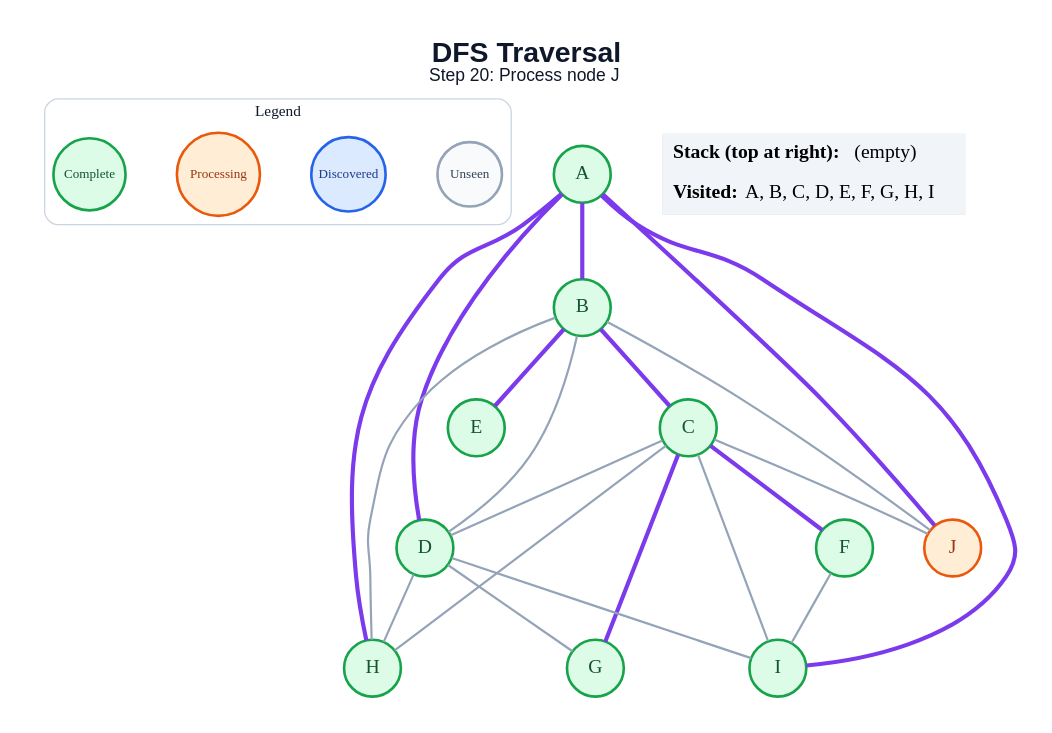
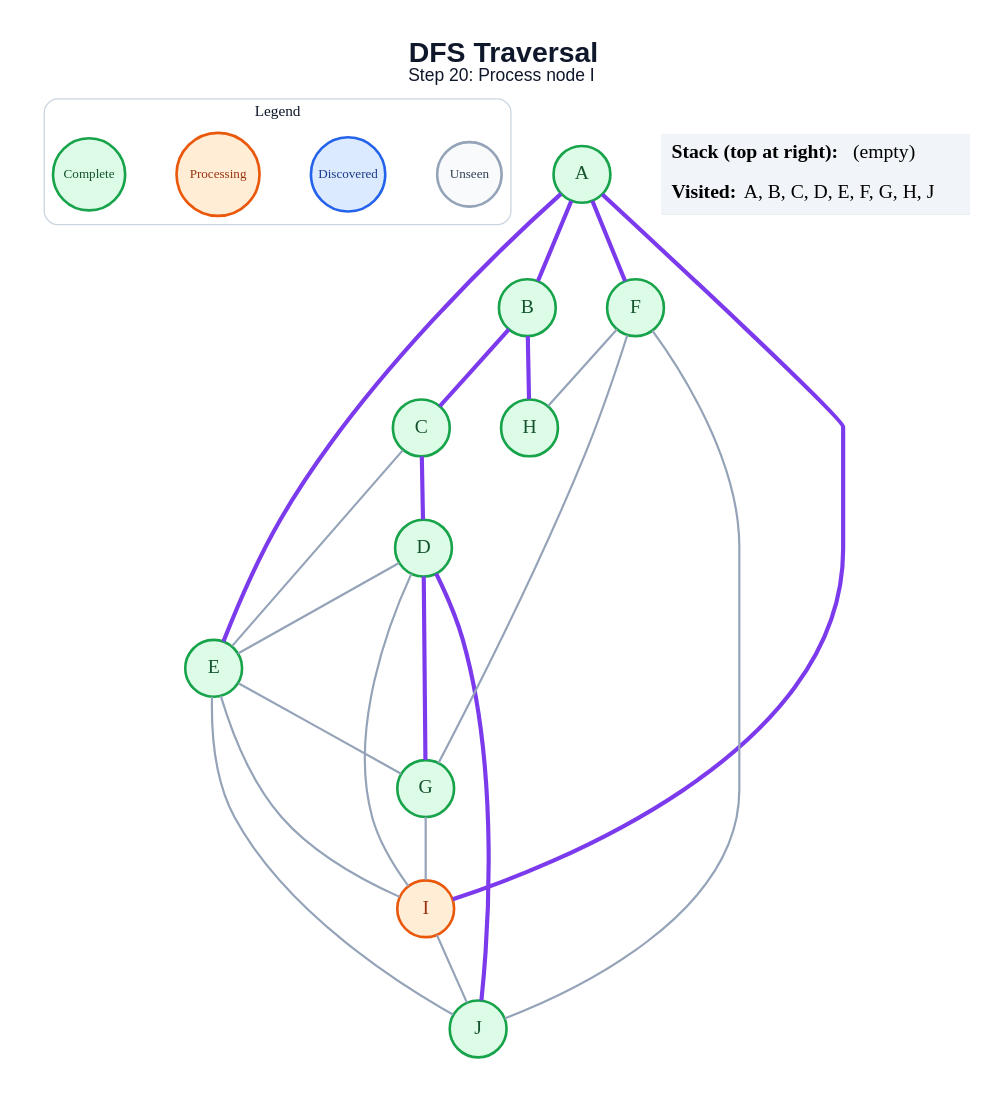
Before and after one commit to amanghodawala9/ai-slop: the diagram in generated/dfs/step_20.dot, drawn with Graphviz. The commit also changed 178 other files, not shown here.

```diff
--- a/generated/dfs/step_20.dot
+++ b/generated/dfs/step_20.dot
@@ -1,49 +1,49 @@
 graph traversal {
   graph [layout=dot, rankdir=TB, bgcolor="#FFFFFF", pad="0.35", nodesep="0.65", ranksep="0.8", fontname="Arial"];
   node [shape=circle, style="filled", fontname="Arial Bold", fontsize=18, width=0.72, fixedsize=true, penwidth=2.4];
   edge [color="#94A3B8", penwidth=2.0];
-  label=<<B>DFS Traversal</B><BR/><FONT POINT-SIZE="16">Step 20: Process node J</FONT>>; labelloc="t"; fontsize=26; fontname="Arial"; fontcolor="#0F172A";
+  label=<<B>DFS Traversal</B><BR/><FONT POINT-SIZE="16">Step 20: Process node I</FONT>>; labelloc="t"; fontsize=26; fontname="Arial"; fontcolor="#0F172A";
   subgraph cluster_legend { label="Legend"; color="#CBD5E1"; penwidth=1.2; style="rounded"; fontsize=14; fontname="Arial Bold";
     key_unseen [label="Unseen", fillcolor="#F8FAFC", color="#94A3B8", fontcolor="#334155", fontsize=12, width=0.82];
     key_frontier [label="Discovered", fillcolor="#DBEAFE", color="#2563EB", fontcolor="#1E3A8A", fontsize=12, width=0.95];
     key_current [label="Processing", fillcolor="#FFEDD5", color="#EA580C", fontcolor="#9A3412", fontsize=12, width=1.05];
     key_done [label="Complete", fillcolor="#DCFCE7", color="#16A34A", fontcolor="#14532D", fontsize=12, width=0.92];
     { rank=same; key_unseen; key_frontier; key_current; key_done; }
   }
   A [fillcolor="#DCFCE7", color="#16A34A", fontcolor="#14532D"];
   B [fillcolor="#DCFCE7", color="#16A34A", fontcolor="#14532D"];
   C [fillcolor="#DCFCE7", color="#16A34A", fontcolor="#14532D"];
   D [fillcolor="#DCFCE7", color="#16A34A", fontcolor="#14532D"];
   E [fillcolor="#DCFCE7", color="#16A34A", fontcolor="#14532D"];
   F [fillcolor="#DCFCE7", color="#16A34A", fontcolor="#14532D"];
   G [fillcolor="#DCFCE7", color="#16A34A", fontcolor="#14532D"];
   H [fillcolor="#DCFCE7", color="#16A34A", fontcolor="#14532D"];
-  I [fillcolor="#DCFCE7", color="#16A34A", fontcolor="#14532D"];
-  J [fillcolor="#FFEDD5", color="#EA580C", fontcolor="#9A3412"];
+  I [fillcolor="#FFEDD5", color="#EA580C", fontcolor="#9A3412"];
+  J [fillcolor="#DCFCE7", color="#16A34A", fontcolor="#14532D"];
   A -- B [color="#7C3AED", penwidth=3.8];
-  A -- D [color="#7C3AED", penwidth=3.8];
-  A -- H [color="#7C3AED", penwidth=3.8];
+  A -- E [color="#7C3AED", penwidth=3.8];
+  A -- F [color="#7C3AED", penwidth=3.8];
   A -- I [color="#7C3AED", penwidth=3.8];
-  A -- J [color="#7C3AED", penwidth=3.8];
   B -- C [color="#7C3AED", penwidth=3.8];
-  B -- D;
-  B -- E [color="#7C3AED", penwidth=3.8];
-  B -- H;
-  B -- J;
-  C -- D;
-  C -- F [color="#7C3AED", penwidth=3.8];
-  C -- G [color="#7C3AED", penwidth=3.8];
-  C -- H;
-  C -- I;
-  C -- J;
-  D -- G;
-  D -- H;
+  B -- H [color="#7C3AED", penwidth=3.8];
+  C -- D [color="#7C3AED", penwidth=3.8];
+  C -- E;
+  D -- E;
+  D -- G [color="#7C3AED", penwidth=3.8];
   D -- I;
-  F -- I;
+  D -- J [color="#7C3AED", penwidth=3.8];
+  E -- G;
+  E -- I;
+  E -- J;
+  F -- G;
+  F -- H;
+  F -- J;
+  G -- I;
+  I -- J;
   status [shape=plain, fixedsize=false, width=0, height=0, margin=0, label=<
     <TABLE BORDER="0" CELLBORDER="0" CELLPADDING="7" BGCOLOR="#F1F5F9">
       <TR><TD ALIGN="LEFT"><B>Stack (top at right):</B> (empty)</TD></TR>
-      <TR><TD ALIGN="LEFT"><B>Visited:</B> A, B, C, D, E, F, G, H, I</TD></TR>
+      <TR><TD ALIGN="LEFT"><B>Visited:</B> A, B, C, D, E, F, G, H, J</TD></TR>
     </TABLE>
   >];
 }
```
